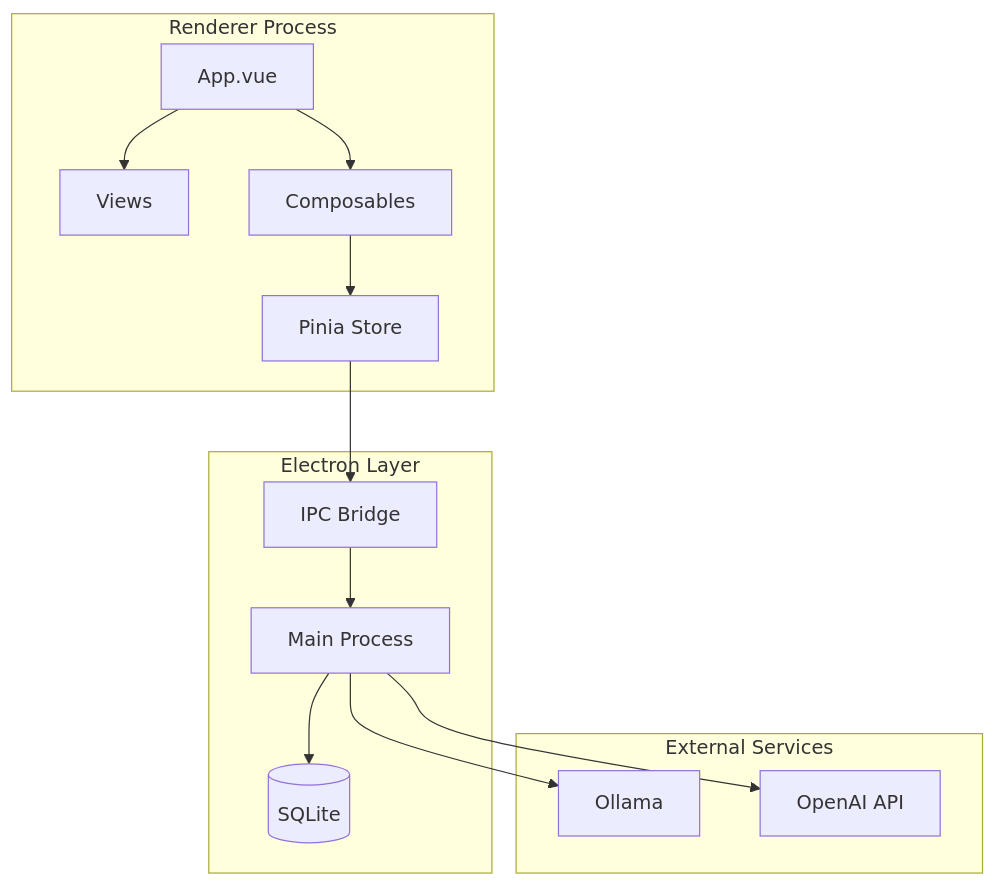
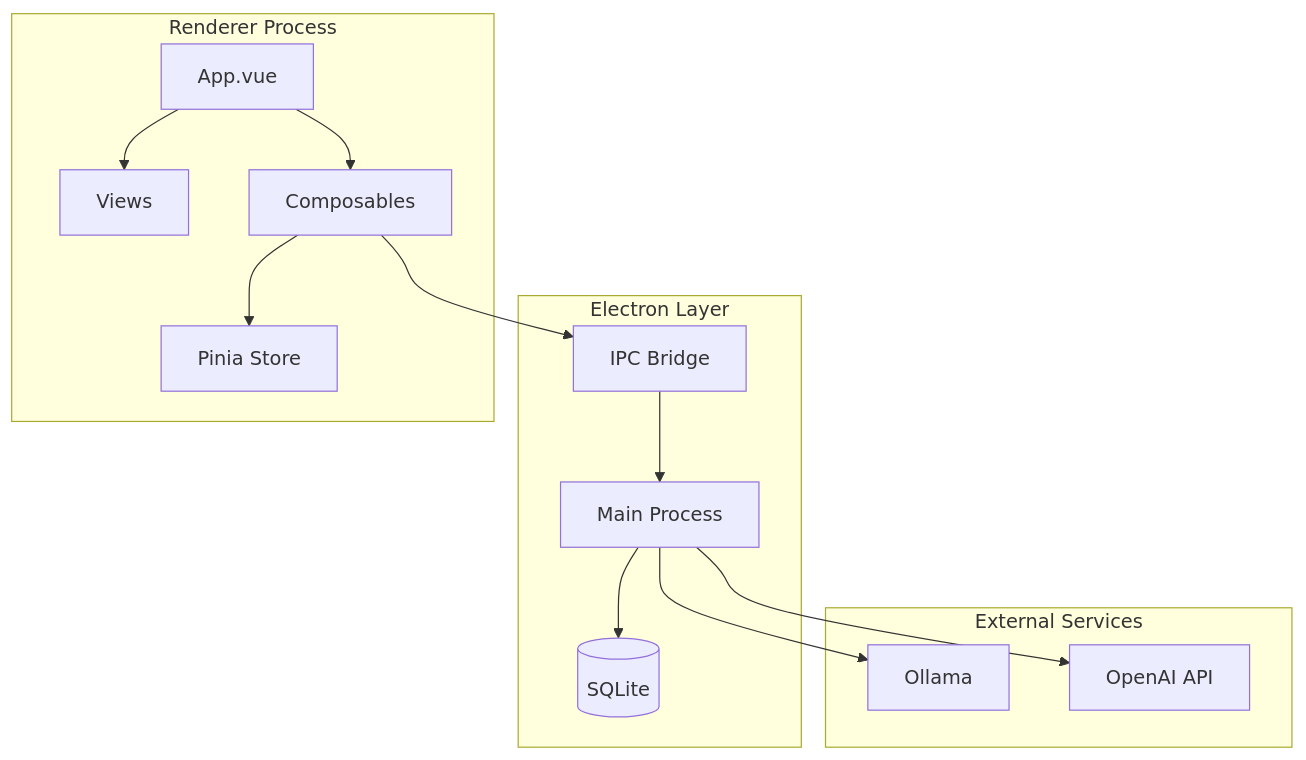
Before and after one commit to sorenwacker/graph-core: the first of 3 diagrams in docs/architecture/overview.md, drawn with Mermaid. The commit also changed other lines of this file and 128 other files, not shown here.

````diff
--- a/docs/architecture/overview.md
+++ b/docs/architecture/overview.md
@@ -7,29 +7,29 @@
 ```mermaid
 graph TB
     subgraph Electron["Electron Layer"]
         MAIN[Main Process]
         DB[(SQLite)]
         IPC[IPC Bridge]
     end
 
     subgraph Renderer["Renderer Process"]
         APP[App.vue]
         VIEWS[Views]
         STORE[Pinia Store]
         COMPOSABLES[Composables]
     end
 
     subgraph External["External Services"]
         OLLAMA[Ollama]
         OPENAI[OpenAI API]
     end
 
     APP --> VIEWS
     APP --> COMPOSABLES
     COMPOSABLES --> STORE
-    STORE --> IPC
+    COMPOSABLES --> IPC
     IPC --> MAIN
     MAIN --> DB
     MAIN --> OLLAMA
     MAIN --> OPENAI
 ```
````
